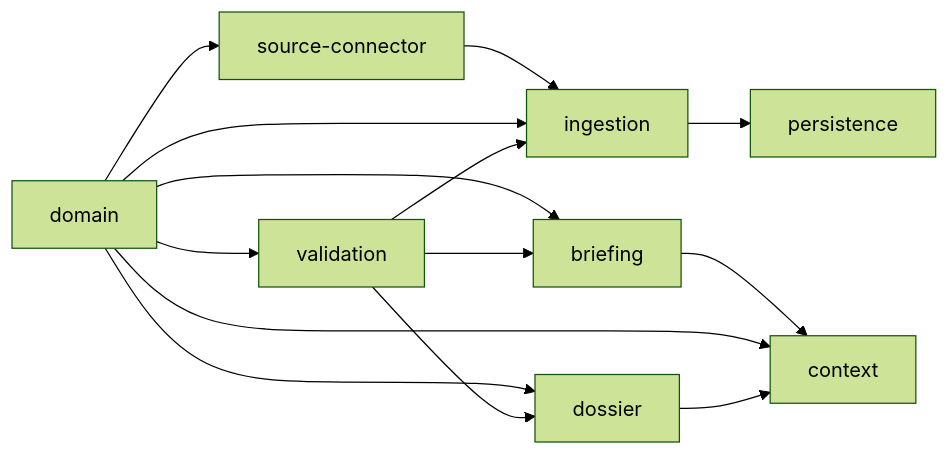
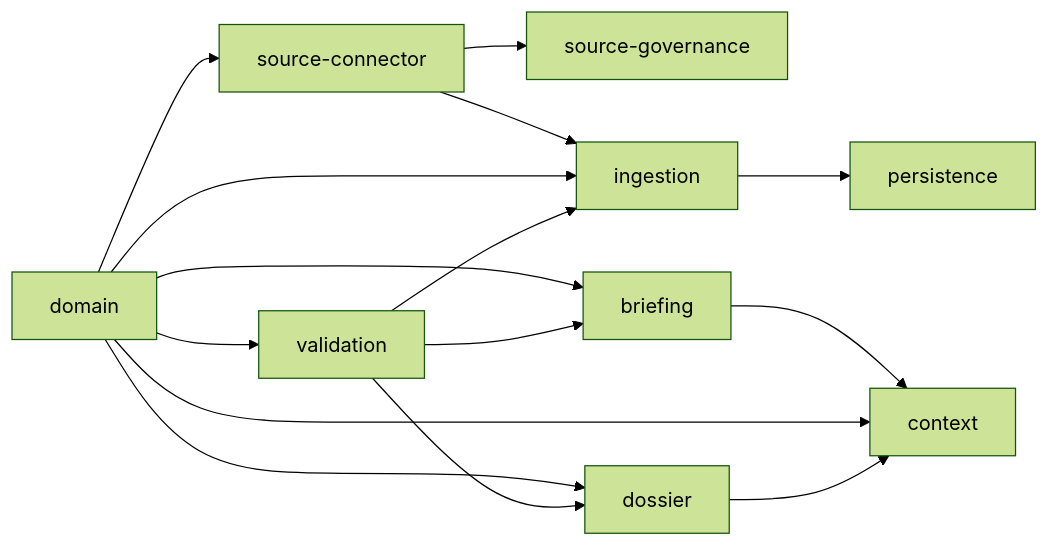
One commit to cooly12241113-glitch/world-news-ai changed the diagram in docs/architecture/System-Architecture-Baseline.md. Above: the diagram before and after it, drawn with Mermaid (forest theme). The commit also changed other lines of this file and 12 other files, not shown here.

Commit message:
feat: add raw source governance boundaries

````diff
--- a/docs/architecture/System-Architecture-Baseline.md
+++ b/docs/architecture/System-Architecture-Baseline.md
@@ -30,16 +31,17 @@
 ```mermaid
 flowchart LR
   D["domain"] --> V["validation"]
   D --> SC["source-connector"]
+  SC --> SG["source-governance"]
   SC --> I["ingestion"]
   D --> I["ingestion"]
   V --> I
   I --> P["persistence"]
   D --> E["dossier"]
   V --> E
   D --> B["briefing"]
   V --> B
   B --> C["context"]
   D --> C
   E --> C
 ```
````
